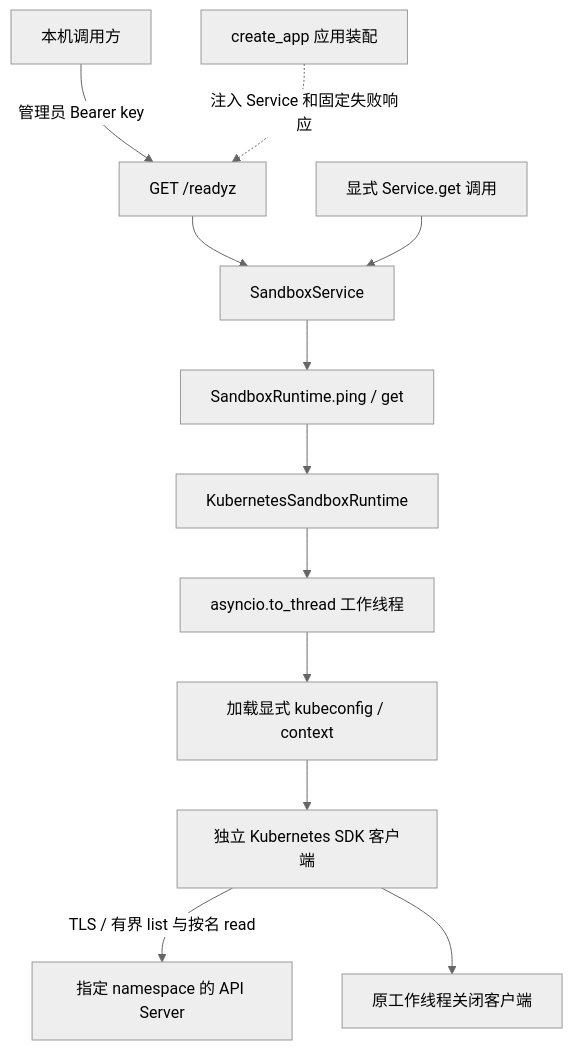
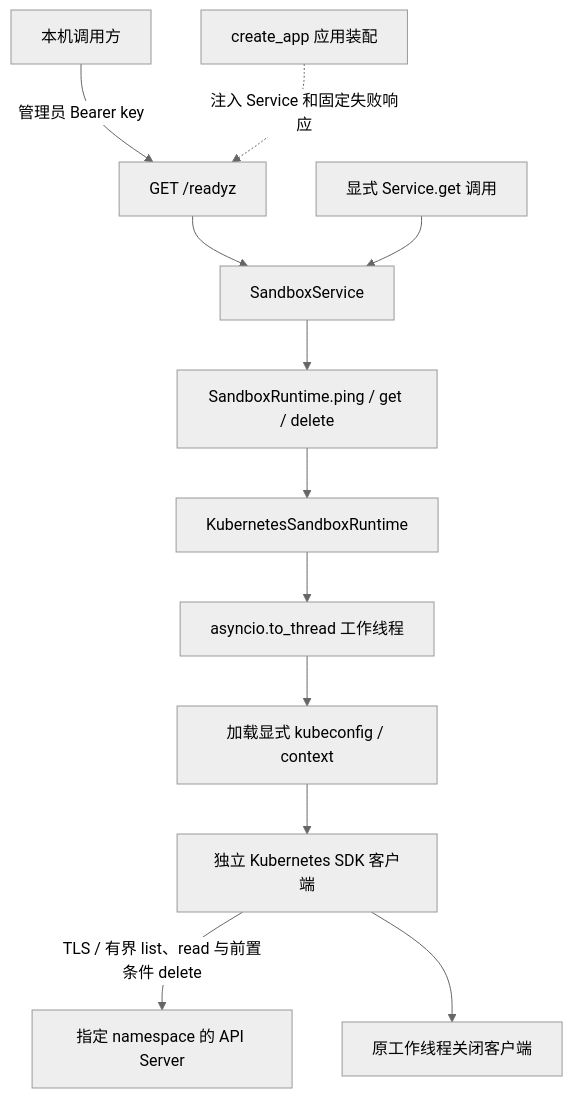
The diagram in docs/control_plane/kubernetes/DESIGN.md (nico-hua/agent-sandbox), drawn with Mermaid (neutral theme) before and after one commit. The commit also changed other lines of this file and 11 other files, not shown here.

Commit message:
feat(runtime): safely delete managed Kubernetes sandbox Pods

````diff
--- a/docs/control_plane/kubernetes/DESIGN.md
+++ b/docs/control_plane/kubernetes/DESIGN.md
@@ -20,14 +21,14 @@
 ```mermaid
 flowchart TD
     Caller[本机调用方] -->|管理员 Bearer key| API[GET /readyz]
     App[create_app 应用装配] -. 注入 Service 和固定失败响应 .-> API
     API --> Service[SandboxService]
     Query[显式 Service.get 调用] --> Service
-    Service --> Contract[SandboxRuntime.ping / get]
+    Service --> Contract[SandboxRuntime.ping / get / delete]
     Contract --> Runtime[KubernetesSandboxRuntime]
     Runtime --> Worker[asyncio.to_thread 工作线程]
     Worker --> Config[加载显式 kubeconfig / context]
     Config --> SDK[独立 Kubernetes SDK 客户端]
-    SDK -->|TLS / 有界 list 与按名 read| Cluster[指定 namespace 的 API Server]
+    SDK -->|TLS / 有界 list、read 与前置条件 delete| Cluster[指定 namespace 的 API Server]
     SDK --> Close[原工作线程关闭客户端]
 ```
````
